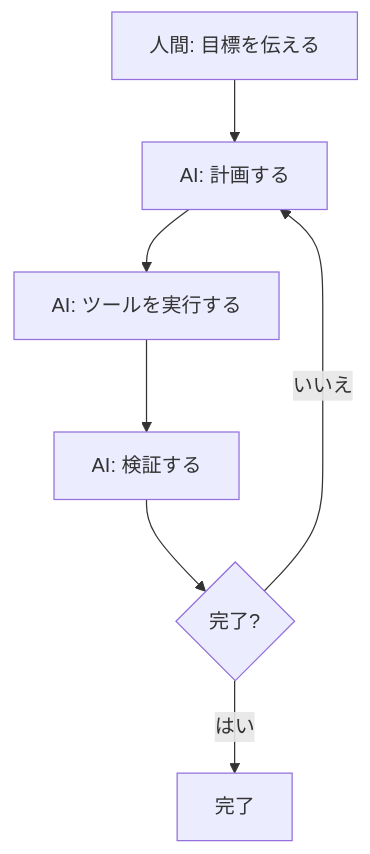
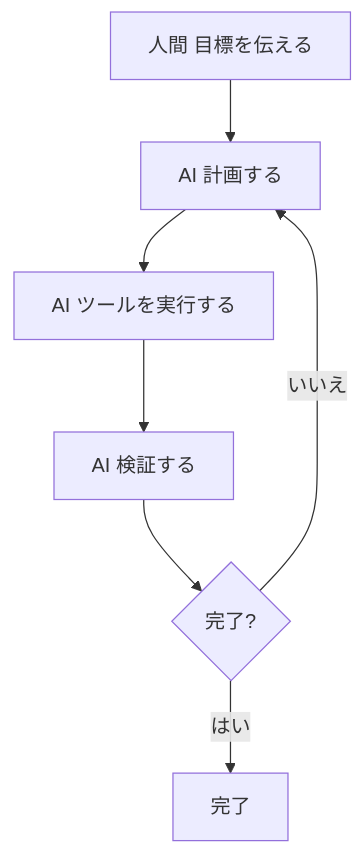
One commit to shoma-endo/claude-code-personal-docs changed the third of 7 diagrams in docs/training/claude-code-personal/claude-code-personal-training.md. Above: the diagram before and after it, drawn with Mermaid. The commit also changed other lines of this file, not shown here.

````diff
--- a/docs/training/claude-code-personal/claude-code-personal-training.md
+++ b/docs/training/claude-code-personal/claude-code-personal-training.md
@@ -213,11 +213,11 @@
 ```mermaid
 flowchart TD
-  G["人間: 目標を伝える"]
-  P["AI: 計画する"]
-  E["AI: ツールを実行する"]
-  V["AI: 検証する"]
+  G["人間 目標を伝える"]
+  P["AI 計画する"]
+  E["AI ツールを実行する"]
+  V["AI 検証する"]
   OK{"完了?"}
   G --> P --> E --> V --> OK
   OK -->|いいえ| P
   OK -->|はい| Done["完了"]
 ```
````
